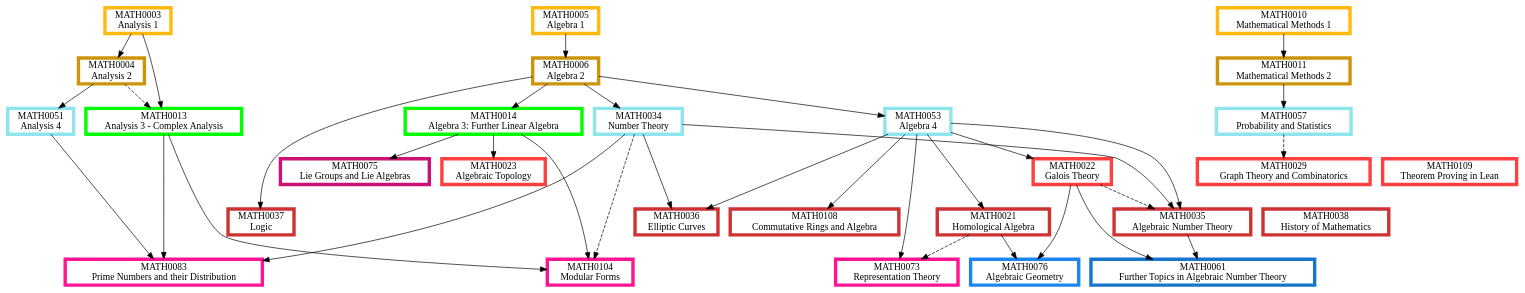
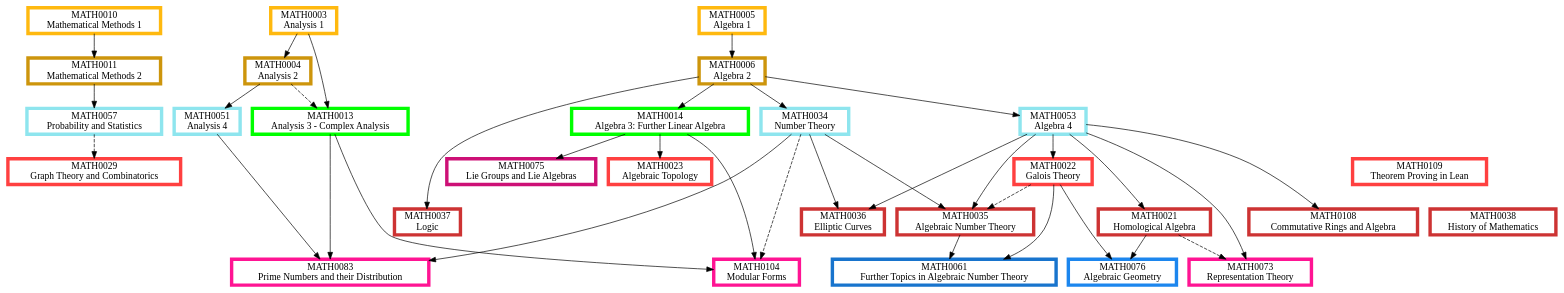
Before and after one commit to matthew-towers/pathways: the diagram in Algebra.dot, drawn with Graphviz. The commit also changed 12 other files, not shown here.

```diff
--- a/Algebra.dot
+++ b/Algebra.dot
@@ -1,123 +1,123 @@
 digraph {
 	node [fillcolor=white penwidth=5 shape=box style="filled,bold"]
 	subgraph "1.0 1" {
 		rank=same
+		MATH0010 [label="MATH0010
+Mathematical Methods 1" color=darkgoldenrod1 href="https://www.ucl.ac.uk/mathematical-physical-sciences/sites/mathematical_physical_sciences/files/math0010.pdf" tooltip="Year 1, term 1"]
+		MATH0003 [label="MATH0003
+Analysis 1" color=darkgoldenrod1 href="https://www.ucl.ac.uk/mathematical-physical-sciences/sites/mathematical_physical_sciences/files/math0003.pdf" tooltip="Year 1, term 1"]
 		MATH0005 [label="MATH0005
-Algebra 1" color=darkgoldenrod1 href="https://www.ucl.ac.uk/maths/sites/maths/files/math0005.pdf" tooltip="Year 1, term 1"]
-		MATH0003 [label="MATH0003
-Analysis 1" color=darkgoldenrod1 href="https://www.ucl.ac.uk/maths/sites/maths/files/math0003.pdf" tooltip="Year 1, term 1"]
-		MATH0010 [label="MATH0010
-Mathematical Methods 1" color=darkgoldenrod1 href="https://www.ucl.ac.uk/maths/sites/maths/files/math0010.pdf" tooltip="Year 1, term 1"]
+Algebra 1" color=darkgoldenrod1 href="https://www.ucl.ac.uk/mathematical-physical-sciences/sites/mathematical_physical_sciences/files/math0005.pdf" tooltip="Year 1, term 1"]
 	}
 	MATH0010 -> MATH0011 [tooltip="required prerequisite"]
+	MATH0003 -> MATH0004 [tooltip="required prerequisite"]
 	MATH0005 -> MATH0006 [tooltip="required prerequisite"]
-	MATH0003 -> MATH0004 [tooltip="required prerequisite"]
 	subgraph "1.0 2" {
 		rank=same
 		MATH0011 [label="MATH0011
-Mathematical Methods 2" color=darkgoldenrod3 href="https://www.ucl.ac.uk/maths/sites/maths/files/math0011_2.pdf" tooltip="Year 1, term 2"]
+Mathematical Methods 2" color=darkgoldenrod3 href="https://www.ucl.ac.uk/mathematical-physical-sciences/sites/mathematical_physical_sciences/files/math0011_2.pdf" tooltip="Year 1, term 2"]
+		MATH0004 [label="MATH0004
+Analysis 2" color=darkgoldenrod3 href="https://www.ucl.ac.uk/mathematical-physical-sciences/sites/mathematical_physical_sciences/files/math0004.pdf" tooltip="Year 1, term 2"]
 		MATH0006 [label="MATH0006
-Algebra 2" color=darkgoldenrod3 href="https://www.ucl.ac.uk/maths/sites/maths/files/math0006.pdf" tooltip="Year 1, term 2"]
-		MATH0004 [label="MATH0004
-Analysis 2" color=darkgoldenrod3 href="https://www.ucl.ac.uk/maths/sites/maths/files/math0004.pdf" tooltip="Year 1, term 2"]
+Algebra 2" color=darkgoldenrod3 href="https://www.ucl.ac.uk/mathematical-physical-sciences/sites/mathematical_physical_sciences/files/math0006.pdf" tooltip="Year 1, term 2"]
 	}
 	MATH0003 -> MATH0013 [tooltip="required prerequisite"]
 	MATH0004 -> MATH0013 [style=dashed tooltip="recommended prerequisite"]
 	MATH0006 -> MATH0014 [tooltip="required prerequisite"]
 	subgraph "2.0 1" {
 		rank=same
 		MATH0013 [label="MATH0013
-Analysis 3 - Complex Analysis" color=green1 href="https://www.ucl.ac.uk/maths/sites/maths/files/math0013.pdf" tooltip="Year 2, term 1"]
+Analysis 3 - Complex Analysis" color=green1 href="https://www.ucl.ac.uk/mathematical-physical-sciences/sites/mathematical_physical_sciences/files/math0013.pdf" tooltip="Year 2, term 1"]
 		MATH0014 [label="MATH0014
-Algebra 3: Further Linear Algebra" color=green1 href="https://www.ucl.ac.uk/maths/sites/maths/files/math0014.pdf" tooltip="Year 2, term 1"]
+Algebra 3: Further Linear Algebra" color=green1 href="https://www.ucl.ac.uk/mathematical-physical-sciences/sites/mathematical_physical_sciences/files/math0014.pdf" tooltip="Year 2, term 1"]
 	}
 	MATH0006 -> MATH0053 [tooltip="required prerequisite"]
+	MATH0011 -> MATH0057 [tooltip="required prerequisite"]
 	MATH0006 -> MATH0034 [tooltip="required prerequisite"]
-	MATH0011 -> MATH0057 [tooltip="required prerequisite"]
 	MATH0004 -> MATH0051 [tooltip="required prerequisite"]
 	subgraph "2.5 2" {
 		rank=same
 		MATH0053 [label="MATH0053
-Algebra 4" color=cadetblue2 href="https://www.ucl.ac.uk/maths/sites/maths/files/math0053.pdf" tooltip="Year 2 or 3, term 2"]
+Algebra 4" color=cadetblue2 href="https://www.ucl.ac.uk/mathematical-physical-sciences/sites/mathematical_physical_sciences/files/math0053.pdf" tooltip="Year 2 or 3, term 2"]
+		MATH0057 [label="MATH0057
+Probability and Statistics" color=cadetblue2 href="https://www.ucl.ac.uk/mathematical-physical-sciences/sites/mathematical_physical_sciences/files/math0057.pdf" tooltip="Year 2 or 3, term 2"]
 		MATH0034 [label="MATH0034
-Number Theory" color=cadetblue2 href="https://www.ucl.ac.uk/maths/sites/maths/files/math0034.pdf" tooltip="Year 2 or 3, term 2"]
-		MATH0057 [label="MATH0057
-Probability and Statistics" color=cadetblue2 href="https://www.ucl.ac.uk/maths/sites/maths/files/math0057.pdf" tooltip="Year 2 or 3, term 2"]
+Number Theory" color=cadetblue2 href="https://www.ucl.ac.uk/mathematical-physical-sciences/sites/mathematical_physical_sciences/files/math0034.pdf" tooltip="Year 2 or 3, term 2"]
 		MATH0051 [label="MATH0051
-Analysis 4" color=cadetblue2 href="https://www.ucl.ac.uk/maths/sites/maths/files/math0051.pdf" tooltip="Year 2 or 3, term 2"]
+Analysis 4" color=cadetblue2 href="https://www.ucl.ac.uk/mathematical-physical-sciences/sites/mathematical_physical_sciences/files/math0051.pdf" tooltip="Year 2 or 3, term 2"]
 	}
 	MATH0053 -> MATH0022 [tooltip="required prerequisite"]
+	MATH0057 -> MATH0029 [style=dashed tooltip="recommended prerequisite"]
 	MATH0014 -> MATH0023 [tooltip="required prerequisite"]
-	MATH0057 -> MATH0029 [style=dashed tooltip="recommended prerequisite"]
-	subgraph "3 1" {
+	subgraph "3.0 1" {
 		rank=same
+		MATH0022 [label="MATH0022
+Galois Theory" color=brown1 href="https://www.ucl.ac.uk/mathematical-physical-sciences/sites/mathematical_physical_sciences/files/math0022.pdf" tooltip="Year 3, term 1"]
+		MATH0029 [label="MATH0029
+Graph Theory and Combinatorics" color=brown1 href="https://www.ucl.ac.uk/mathematical-physical-sciences/sites/mathematical_physical_sciences/files/math0029.pdf" tooltip="Year 3, term 1"]
+		MATH0023 [label="MATH0023
+Algebraic Topology" color=brown1 href="https://www.ucl.ac.uk/mathematical-physical-sciences/sites/mathematical_physical_sciences/files/math0023_1.pdf" tooltip="Year 3, term 1"]
 		MATH0109 [label="MATH0109
-Theorem Proving in Lean" color=brown1 href="https://www.ucl.ac.uk/maths/sites/maths/files/math0109.pdf" tooltip="Year 3, term 1"]
-		MATH0022 [label="MATH0022
-Galois Theory" color=brown1 href="https://www.ucl.ac.uk/maths/sites/maths/files/math0022.pdf" tooltip="Year 3, term 1"]
-		MATH0023 [label="MATH0023
-Algebraic Topology" color=brown1 href="https://www.ucl.ac.uk/maths/sites/maths/files/math0023_1.pdf" tooltip="Year 3, term 1"]
-		MATH0029 [label="MATH0029
-Graph Theory and Combinatorics" color=brown1 href="https://www.ucl.ac.uk/maths/sites/maths/files/math0029.pdf" tooltip="Year 3, term 1"]
+Theorem Proving in Lean" color=brown1 href="https://www.ucl.ac.uk/mathematical-physical-sciences/sites/mathematical_physical_sciences/files/math0109.pdf" tooltip="Year 3, term 1"]
 	}
 	MATH0006 -> MATH0037 [tooltip="required prerequisite"]
+	MATH0034 -> MATH0035 [tooltip="required prerequisite"]
+	MATH0053 -> MATH0035 [tooltip="required prerequisite"]
+	MATH0022 -> MATH0035 [style=dashed tooltip="recommended prerequisite"]
 	MATH0053 -> MATH0108 [tooltip="required prerequisite"]
 	MATH0034 -> MATH0036 [tooltip="required prerequisite"]
 	MATH0053 -> MATH0036 [tooltip="required prerequisite"]
 	MATH0053 -> MATH0021 [tooltip="required prerequisite"]
-	MATH0034 -> MATH0035 [tooltip="required prerequisite"]
-	MATH0053 -> MATH0035 [tooltip="required prerequisite"]
-	MATH0022 -> MATH0035 [style=dashed tooltip="recommended prerequisite"]
 	subgraph "3.0 2" {
 		rank=same
+		MATH0037 [label="MATH0037
+Logic" color=brown3 href="https://www.ucl.ac.uk/mathematical-physical-sciences/sites/mathematical_physical_sciences/files/math0037.pdf" tooltip="Year 3, term 2"]
+		MATH0035 [label="MATH0035
+Algebraic Number Theory" color=brown3 href="https://www.ucl.ac.uk/mathematical-physical-sciences/sites/mathematical_physical_sciences/files/math0035.pdf" tooltip="Year 3, term 2"]
+		MATH0108 [label="MATH0108
+Commutative Rings and Algebra" color=brown3 href="https://www.ucl.ac.uk/mathematical-physical-sciences/sites/mathematical_physical_sciences/files/0108_0.pdf" tooltip="Year 3, term 2"]
+		MATH0036 [label="MATH0036
+Elliptic Curves" color=brown3 href="https://www.ucl.ac.uk/mathematical-physical-sciences/sites/mathematical_physical_sciences/files/math0036.pdf" tooltip="Year 3, term 2"]
+		MATH0021 [label="MATH0021
+Homological Algebra" color=brown3 href="https://www.ucl.ac.uk/mathematical-physical-sciences/sites/mathematical_physical_sciences/files/math0021.pdf" tooltip="Year 3, term 2"]
 		MATH0038 [label="MATH0038
-History of Mathematics" color=brown3 href="https://www.ucl.ac.uk/maths/sites/maths/files/math0038.pdf" tooltip="Year 3, term 2"]
-		MATH0037 [label="MATH0037
-Logic" color=brown3 href="https://www.ucl.ac.uk/maths/sites/maths/files/math0037.pdf" tooltip="Year 3, term 2"]
-		MATH0108 [label="MATH0108
-Commutative Rings and Algebra" color=brown3 href="https://www.ucl.ac.uk/maths/sites/maths/files/0108_0.pdf" tooltip="Year 3, term 2"]
-		MATH0036 [label="MATH0036
-Elliptic Curves" color=brown3 href="https://www.ucl.ac.uk/maths/sites/maths/files/math0036.pdf" tooltip="Year 3, term 2"]
-		MATH0021 [label="MATH0021
-Homological Algebra" color=brown3 href="https://www.ucl.ac.uk/maths/sites/maths/files/math0021.pdf" tooltip="Year 3, term 2"]
-		MATH0035 [label="MATH0035
-Algebraic Number Theory" color=brown3 href="https://www.ucl.ac.uk/maths/sites/maths/files/math0035.pdf" tooltip="Year 3, term 2"]
+History of Mathematics" color=brown3 href="https://www.ucl.ac.uk/mathematical-physical-sciences/sites/mathematical_physical_sciences/files/math0038.pdf" tooltip="Year 3, term 2"]
 	}
+	MATH0053 -> MATH0073 [tooltip="required prerequisite"]
+	MATH0021 -> MATH0073 [style=dashed tooltip="recommended prerequisite"]
 	MATH0013 -> MATH0104 [tooltip="required prerequisite"]
 	MATH0014 -> MATH0104 [tooltip="required prerequisite"]
 	MATH0034 -> MATH0104 [style=dashed tooltip="recommended prerequisite"]
-	MATH0053 -> MATH0073 [tooltip="required prerequisite"]
-	MATH0021 -> MATH0073 [style=dashed tooltip="recommended prerequisite"]
 	MATH0013 -> MATH0083 [tooltip="required prerequisite"]
 	MATH0051 -> MATH0083 [tooltip="required prerequisite"]
 	MATH0034 -> MATH0083 [tooltip="required prerequisite"]
 	subgraph "3.5 1" {
 		rank=same
+		MATH0073 [label="MATH0073
+Representation Theory" color=deeppink1 href="https://www.ucl.ac.uk/mathematical-physical-sciences/sites/mathematical_physical_sciences/files/math0073.pdf" tooltip="Year 3 or 4, term 1"]
 		MATH0104 [label="MATH0104
-Modular Forms" color=deeppink1 href="https://www.ucl.ac.uk/maths/sites/maths/files/math0104_2.pdf" tooltip="Year 3 or 4, term 1"]
-		MATH0073 [label="MATH0073
-Representation Theory" color=deeppink1 href="https://www.ucl.ac.uk/maths/sites/maths/files/math0073.pdf" tooltip="Year 3 or 4, term 1"]
+Modular Forms" color=deeppink1 href="https://www.ucl.ac.uk/mathematical-physical-sciences/sites/mathematical_physical_sciences/files/math0104_2.pdf" tooltip="Year 3 or 4, term 1"]
 		MATH0083 [label="MATH0083
-Prime Numbers and their Distribution" color=deeppink1 href="https://www.ucl.ac.uk/maths/sites/maths/files/math0083.pdf" tooltip="Year 3 or 4, term 1"]
+Prime Numbers and their Distribution" color=deeppink1 href="https://www.ucl.ac.uk/mathematical-physical-sciences/sites/mathematical_physical_sciences/files/math0083.pdf" tooltip="Year 3 or 4, term 1"]
 	}
 	MATH0014 -> MATH0075 [tooltip="required prerequisite"]
 	subgraph "3.5 2" {
 		rank=same
 		MATH0075 [label="MATH0075
-Lie Groups and Lie Algebras" color=deeppink3 href="https://www.ucl.ac.uk/maths/sites/maths/files/math0075_3.pdf" tooltip="Year 3 or 4, term 2"]
+Lie Groups and Lie Algebras" color=deeppink3 href="https://www.ucl.ac.uk/mathematical-physical-sciences/sites/mathematical_physical_sciences/files/math0075_3.pdf" tooltip="Year 3 or 4, term 2"]
 	}
 	MATH0021 -> MATH0076 [tooltip="required prerequisite"]
 	MATH0022 -> MATH0076 [tooltip="required prerequisite"]
 	subgraph "4.0 1" {
 		rank=same
 		MATH0076 [label="MATH0076
-Algebraic Geometry" color=dodgerblue2 href="https://www.ucl.ac.uk/maths/sites/maths/files/math0076_3.pdf" tooltip="Year 4, term 1"]
+Algebraic Geometry" color=dodgerblue2 href="https://www.ucl.ac.uk/mathematical-physical-sciences/sites/mathematical_physical_sciences/files/math0076_2.pdf" tooltip="Year 4, term 1"]
 	}
 	MATH0035 -> MATH0061 [tooltip="required prerequisite"]
 	MATH0022 -> MATH0061 [tooltip="required prerequisite"]
 	subgraph "4 2" {
 		rank=same
 		MATH0061 [label="MATH0061
-Further Topics in Algebraic Number Theory" color=dodgerblue3 href="https://www.ucl.ac.uk/maths/sites/maths/files/math0061_0.pdf" tooltip="Year 4, term 2"]
+Further Topics in Algebraic Number Theory" color=dodgerblue3 href="https://www.ucl.ac.uk/mathematical-physical-sciences/sites/mathematical_physical_sciences/files/math0061_0.pdf" tooltip="Year 4, term 2"]
 	}
 }
```
